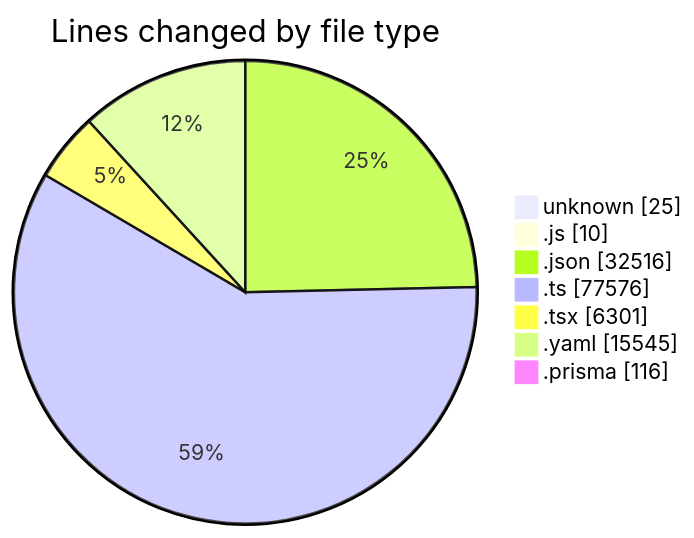
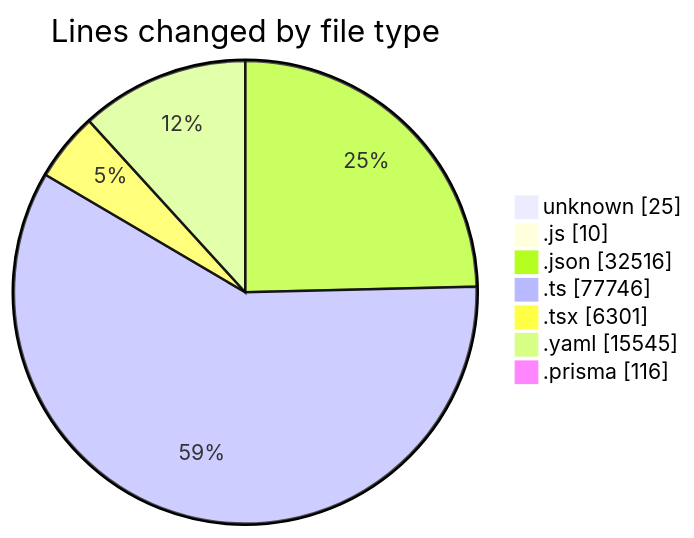
Before and after one commit to CELIANVF/code-tracking: the first of 2 diagrams in 2025-05-02/ecodeli/README.md, drawn with Mermaid. The commit also changed other lines of this file and 1 other file, not shown here.

````diff
--- a/2025-05-02/ecodeli/README.md
+++ b/2025-05-02/ecodeli/README.md
@@ -90,11 +91,11 @@
 ```mermaid
 pie showData
 title Lines changed by file type
 "unknown" : 25
 ".js" : 10
 ".json" : 32516
-".ts" : 77576
+".ts" : 77746
 ".tsx" : 6301
 ".yaml" : 15545
 ".prisma" : 116
 ```
````
